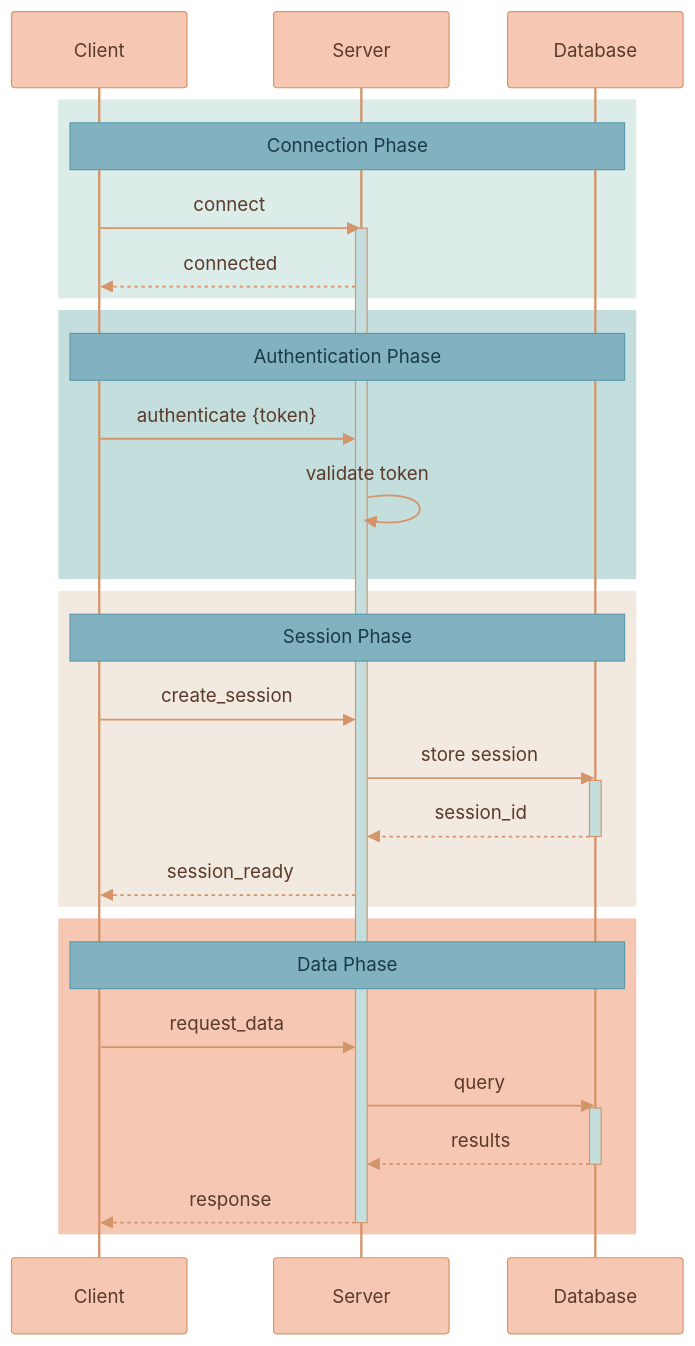
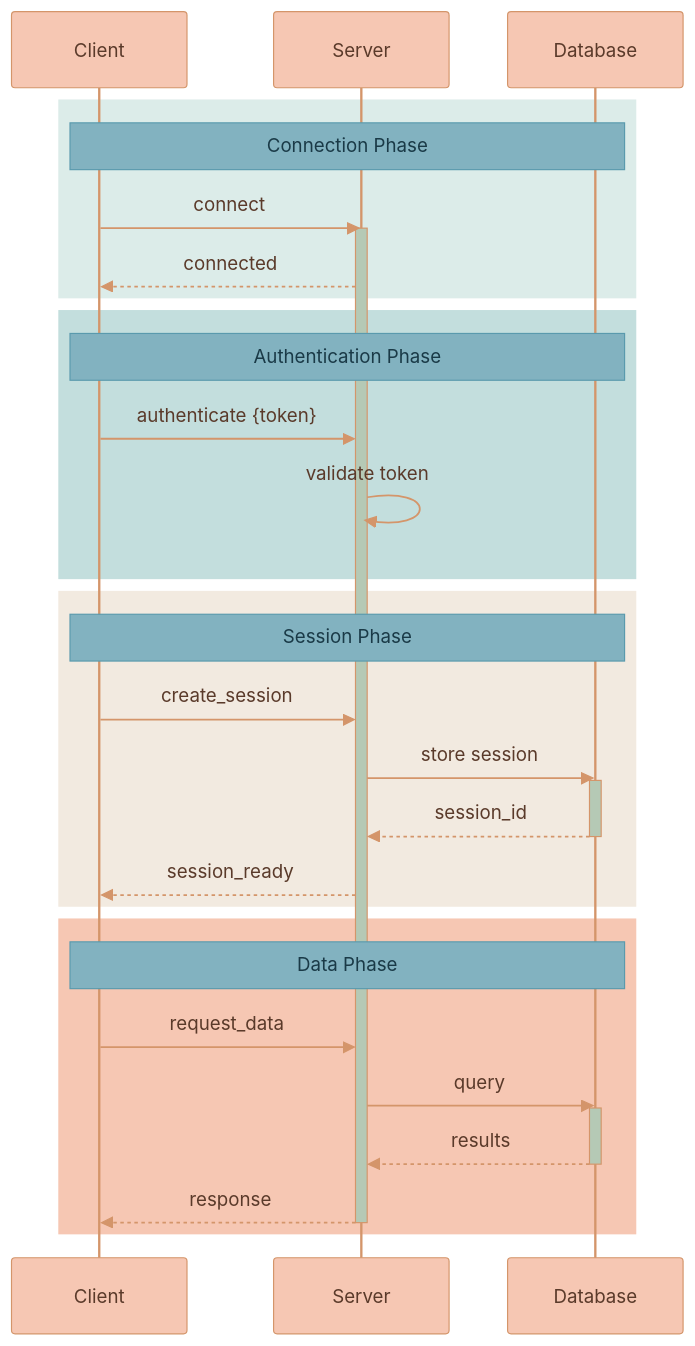
Before and after one commit to Lixpi/lixpi: the third of 4 diagrams in AGENT-INSTRUCTIONS/MERMAID-DIAGRAMS-STYLE-GUIDE.md, drawn with Mermaid. The commit also changed other lines of this file and 5 other files, not shown here.

````diff
--- a/AGENT-INSTRUCTIONS/MERMAID-DIAGRAMS-STYLE-GUIDE.md
+++ b/AGENT-INSTRUCTIONS/MERMAID-DIAGRAMS-STYLE-GUIDE.md
@@ -218,53 +287,53 @@
 ```mermaid
-%%{init: {'theme': 'base', 'themeVariables': { 'noteBkgColor': '#82B2C0', 'noteTextColor': '#1a3a47', 'noteBorderColor': '#5a9aad', 'actorBkg': '#F6C7B3', 'actorBorder': '#d4956a', 'actorTextColor': '#5a3a2a', 'actorLineColor': '#d4956a', 'signalColor': '#d4956a', 'signalTextColor': '#5a3a2a', 'labelBoxBkgColor': '#F6C7B3', 'labelBoxBorderColor': '#d4956a', 'labelTextColor': '#5a3a2a', 'loopTextColor': '#5a3a2a', 'activationBorderColor': '#d4956a', 'activationBkgColor': '#C3DEDD', 'sequenceNumberColor': '#5a3a2a'}}}%%
+%%{init: {'theme': 'base', 'themeVariables': { 'noteBkgColor': '#82B2C0', 'noteTextColor': '#1a3a47', 'noteBorderColor': '#5a9aad', 'actorBkg': '#F6C7B3', 'actorBorder': '#d4956a', 'actorTextColor': '#5a3a2a', 'actorLineColor': '#d4956a', 'signalColor': '#d4956a', 'signalTextColor': '#5a3a2a', 'labelBoxBkgColor': '#F6C7B3', 'labelBoxBorderColor': '#d4956a', 'labelTextColor': '#5a3a2a', 'loopTextColor': '#5a3a2a', 'activationBorderColor': '#d4956a', 'activationBkgColor': '#B5C9B5', 'sequenceNumberColor': '#5a3a2a'}}}%%
 sequenceDiagram
     participant Client
     participant Server
     participant Database
 
     %% ═══════════════════════════════════════════════════════════════
     %% CONNECTION PHASE
     %% ═══════════════════════════════════════════════════════════════
     rect rgb(220, 236, 233)
         Note over Client, Database: Connection Phase
         Client->>Server: connect
         activate Server
         Server-->>Client: connected
     end
 
     %% ═══════════════════════════════════════════════════════════════
     %% AUTHENTICATION PHASE
     %% ═══════════════════════════════════════════════════════════════
     rect rgb(195, 222, 221)
         Note over Client, Database: Authentication Phase
         Client->>Server: authenticate {token}
         Server->>Server: validate token
     end
 
     %% ═══════════════════════════════════════════════════════════════
     %% SESSION PHASE
     %% ═══════════════════════════════════════════════════════════════
     rect rgb(242, 234, 224)
         Note over Client, Database: Session Phase
         Client->>Server: create_session
         Server->>Database: store session
         activate Database
         Database-->>Server: session_id
         deactivate Database
         Server-->>Client: session_ready
     end
 
     %% ═══════════════════════════════════════════════════════════════
     %% DATA PHASE
     %% ═══════════════════════════════════════════════════════════════
     rect rgb(246, 199, 179)
         Note over Client, Database: Data Phase
         Client->>Server: request_data
         Server->>Database: query
         activate Database
         Database-->>Server: results
         deactivate Database
         Server-->>Client: response
         deactivate Server
     end
 ```
````
